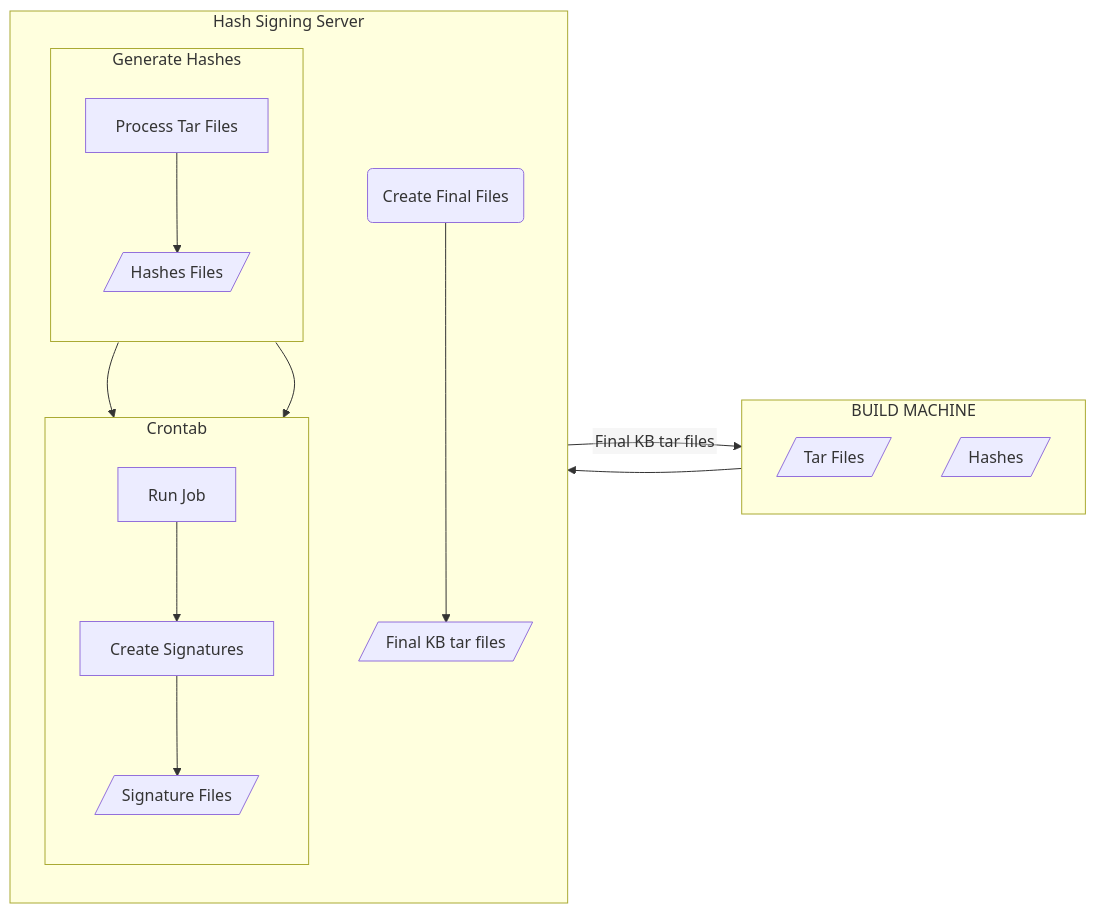
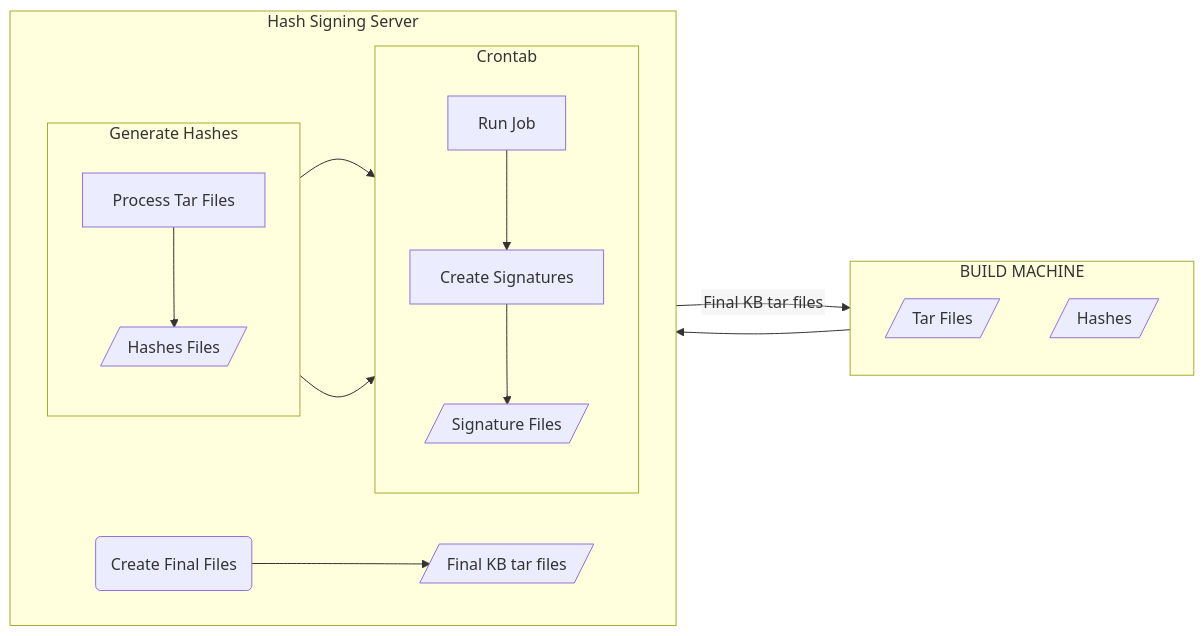
The diagram in README.md (lopezji/test-repository), drawn with Mermaid before and after one commit.

Commit message:
Working diagrams

````diff
--- a/README.md
+++ b/README.md
@@ -4,33 +4,33 @@
 ```mermaid
 %%{init: {"flowchart": {"htmlLabels": false}} }%%
 flowchart LR
     subgraph a["BUILD MACHINE"]
         direction TB
             a1[/Tar Files/]
             a2[/Hashes/]
     end
 
      subgraph b["Hash Signing Server"]
-        direction TB
+        direction LR
             subgraph b1[Generate Hashes]
                 direction TB
                  b11[Process Tar Files] --> b12[/Hashes Files/]
             end
 
             subgraph b2["Crontab"]
                 direction TB 
                 b21["Run Job"] --> b22[Create Signatures]
                 b22 --> b23[/Signature Files/]
             end 
 
             c1("Create Final Files") --> c2[/Final KB tar files/]
 
             b1 --> b2
             b12 --> b21
             
      end               
 
      a --> b
 
      b -- "Final KB tar files" --> a
 ```
````
